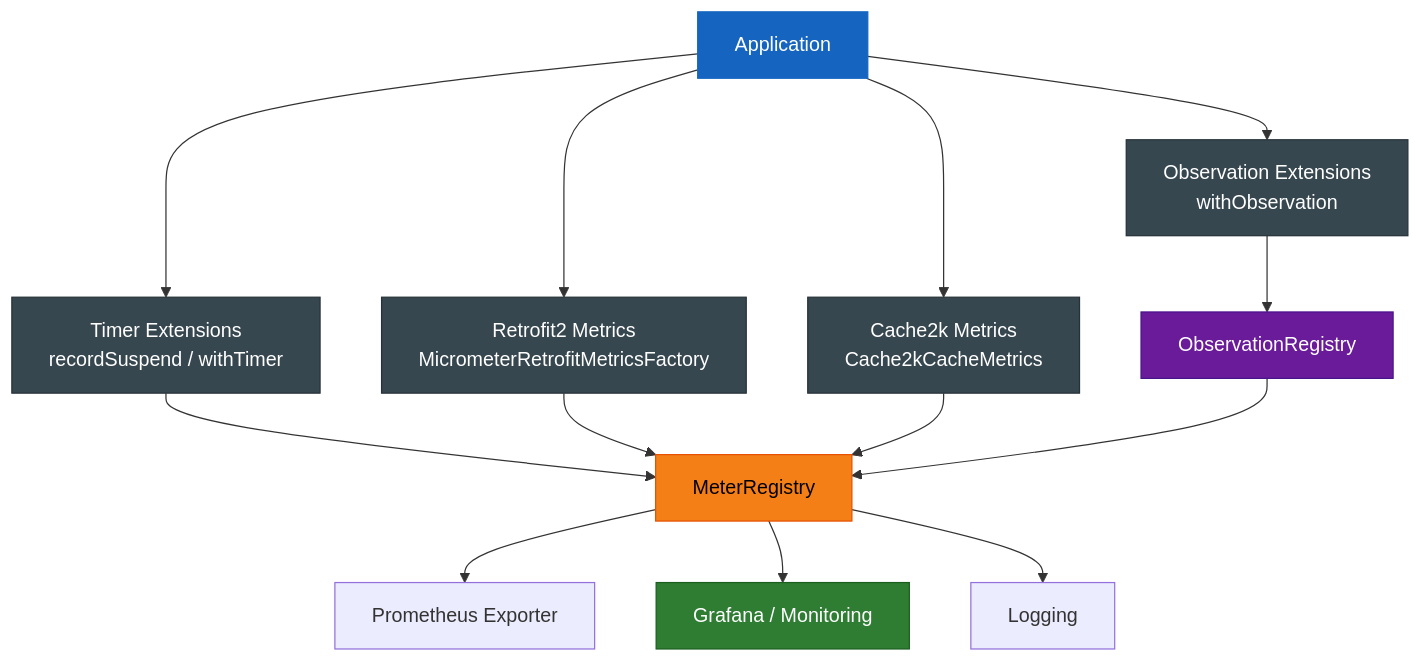
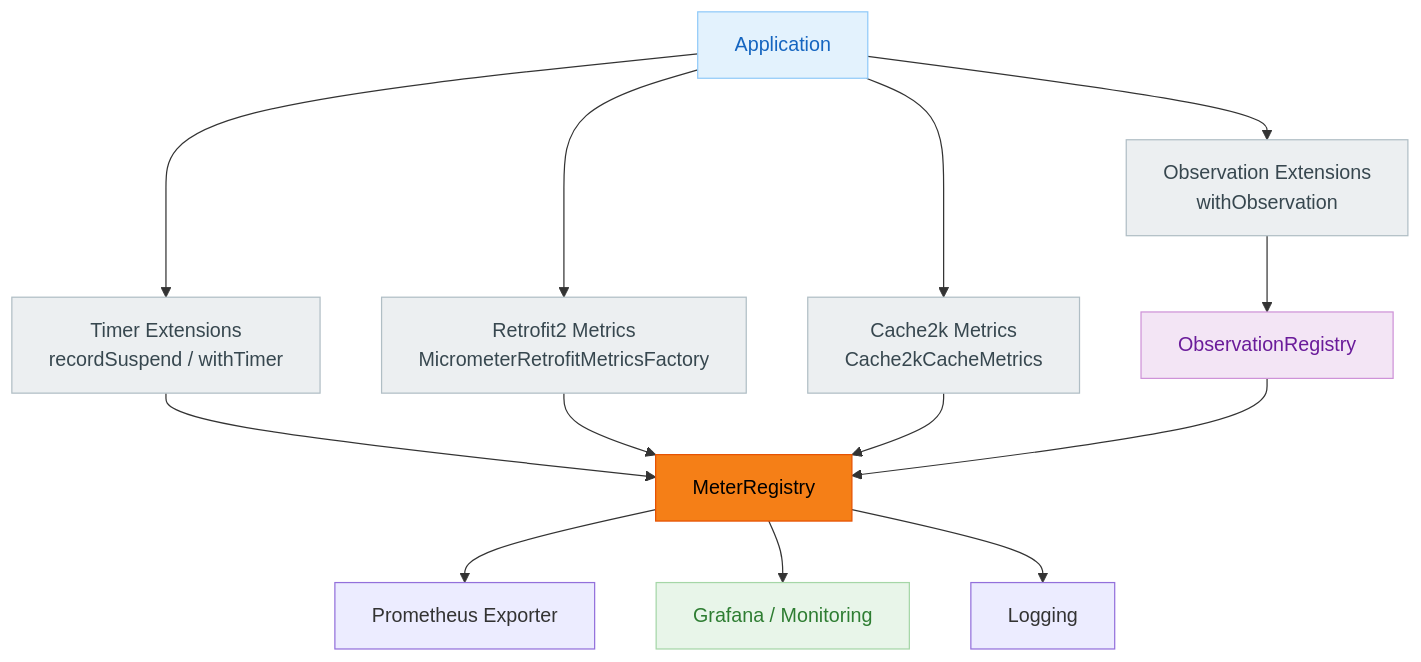
The second of 4 diagrams in infra/micrometer/README.md (bluetape4k/bluetape4k-projects), drawn with Mermaid before and after one commit. The commit also changed other lines of this file and 219 other files, not shown here.

First line of the commit message:
docs: 전체 README Mermaid 다이어그램 가이드 적용

````diff
--- a/infra/micrometer/README.md
+++ b/infra/micrometer/README.md
@@ -299,35 +299,35 @@
 ```mermaid
 flowchart TD
     App[Application] --> TE[Timer Extensions<br/>recordSuspend / withTimer]
     App --> OE[Observation Extensions<br/>withObservation]
     App --> RM[Retrofit2 Metrics<br/>MicrometerRetrofitMetricsFactory]
     App --> CM[Cache2k Metrics<br/>Cache2kCacheMetrics]
 
     TE --> MR[MeterRegistry]
     OE --> OR[ObservationRegistry]
     RM --> MR
     CM --> MR
 
     OR --> MR
 
     MR --> Prometheus[Prometheus Exporter]
     MR --> Grafana[Grafana / Monitoring]
     MR --> Log[Logging]
 
-    classDef coreStyle fill:#1B5E20,stroke:#1B5E20,color:#FFFFFF,font-weight:bold
-    classDef serviceStyle fill:#1565C0,stroke:#1565C0,color:#FFFFFF
-    classDef utilStyle fill:#E65100,stroke:#E65100,color:#FFFFFF
-    classDef asyncStyle fill:#6A1B9A,stroke:#6A1B9A,color:#FFFFFF
-    classDef extStyle fill:#37474F,stroke:#37474F,color:#FFFFFF
+    classDef coreStyle fill:#E8F5E9,stroke:#A5D6A7,color:#2E7D32,font-weight:bold
+    classDef serviceStyle fill:#E3F2FD,stroke:#90CAF9,color:#1565C0
+    classDef utilStyle fill:#FFF3E0,stroke:#FFCC80,color:#E65100
+    classDef asyncStyle fill:#F3E5F5,stroke:#CE93D8,color:#6A1B9A
+    classDef extStyle fill:#ECEFF1,stroke:#B0BEC5,color:#37474F
     classDef dataStyle fill:#F57F17,stroke:#F57F17,color:#000000
-    classDef cacheStyle fill:#2E7D32,stroke:#1B5E20,color:#FFFFFF
+    classDef cacheStyle fill:#E8F5E9,stroke:#A5D6A7,color:#2E7D32
 
-    style App fill:#1565C0,stroke:#1565C0,color:#FFFFFF
+    style App fill:#E3F2FD,stroke:#90CAF9,color:#1565C0
     style MR fill:#F57F17,stroke:#E65100,color:#000000
-    style OR fill:#6A1B9A,stroke:#4A148C,color:#FFFFFF
-    style Grafana fill:#2E7D32,stroke:#1B5E20,color:#FFFFFF
-    style TE fill:#37474F,stroke:#263238,color:#FFFFFF
-    style OE fill:#37474F,stroke:#263238,color:#FFFFFF
-    style RM fill:#37474F,stroke:#263238,color:#FFFFFF
-    style CM fill:#37474F,stroke:#263238,color:#FFFFFF
+    style OR fill:#F3E5F5,stroke:#CE93D8,color:#6A1B9A
+    style Grafana fill:#E8F5E9,stroke:#A5D6A7,color:#2E7D32
+    style TE fill:#ECEFF1,stroke:#B0BEC5,color:#37474F
+    style OE fill:#ECEFF1,stroke:#B0BEC5,color:#37474F
+    style RM fill:#ECEFF1,stroke:#B0BEC5,color:#37474F
+    style CM fill:#ECEFF1,stroke:#B0BEC5,color:#37474F
 ```
````
